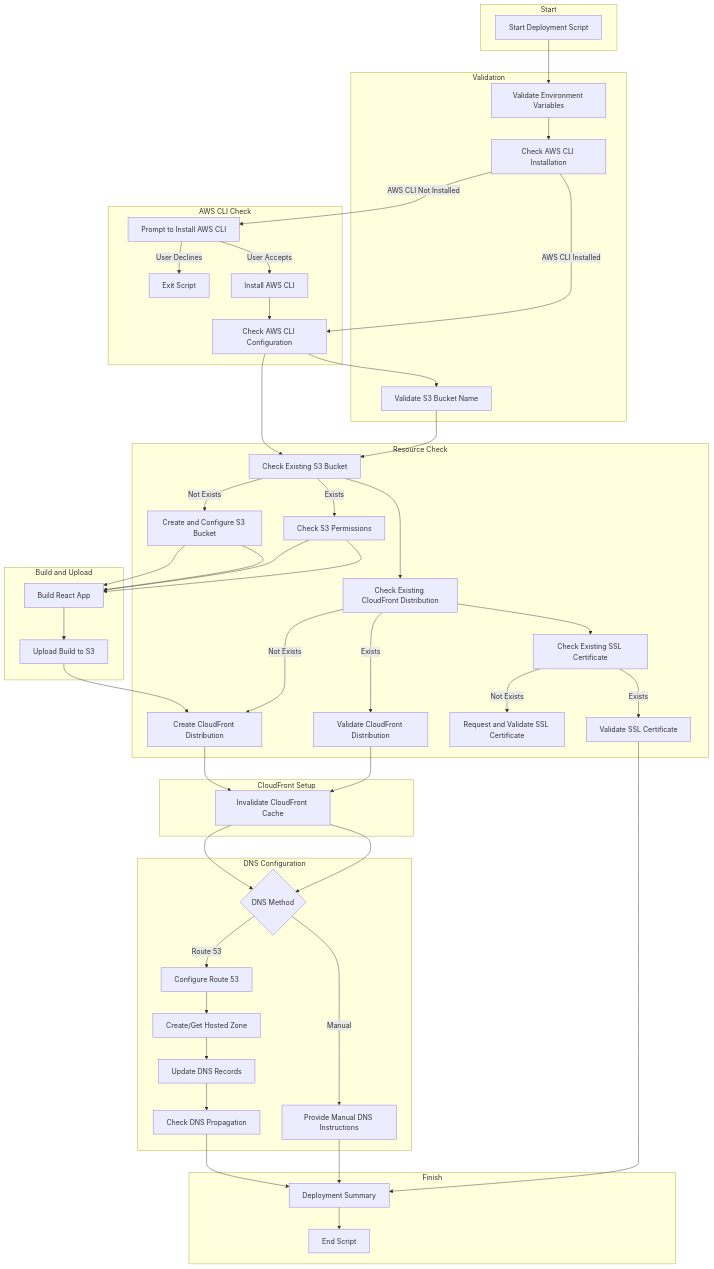
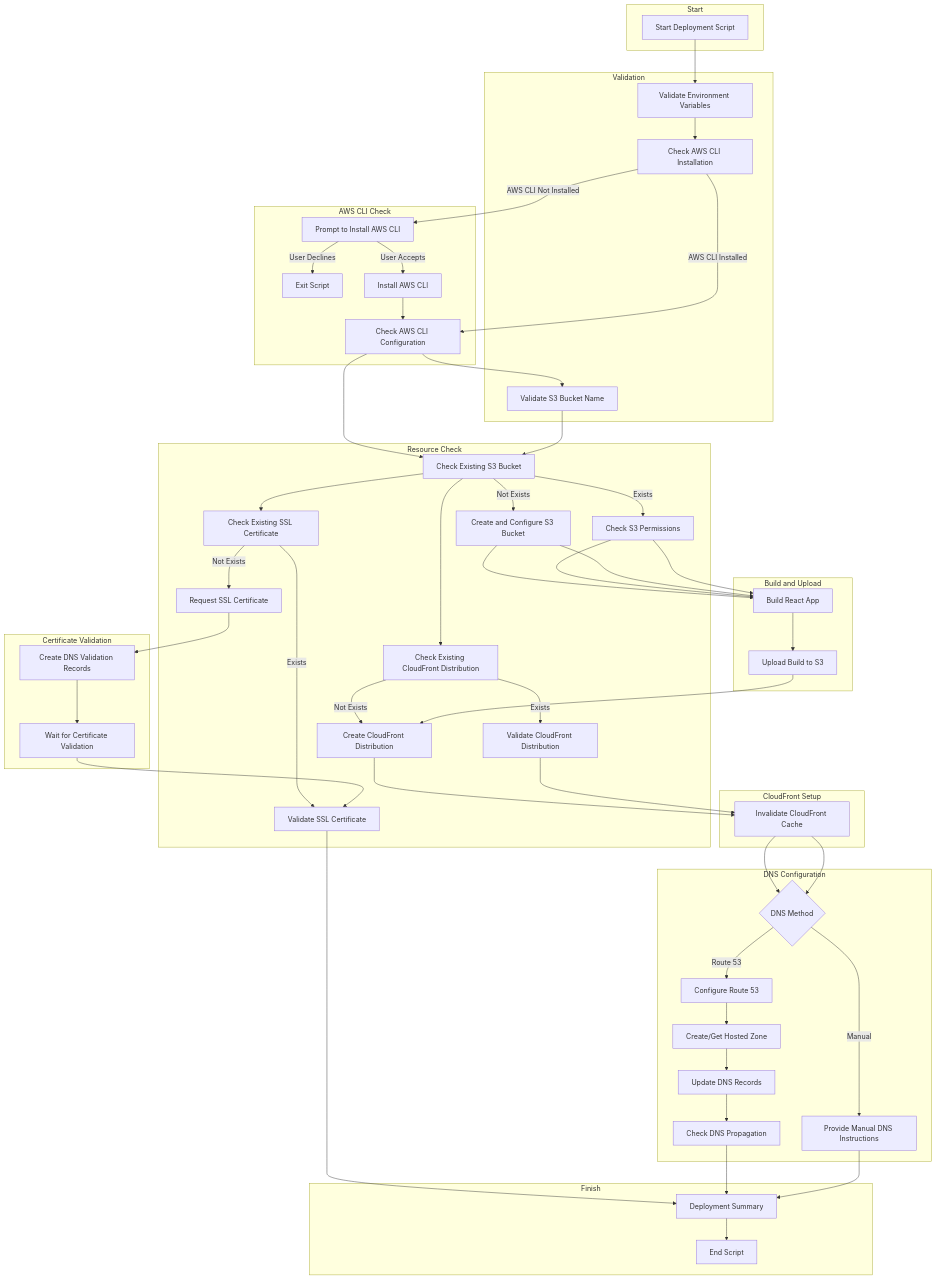
Before and after one commit to Getting-Automated/landing-page-generator: the first of 2 diagrams in deployment/readme.md, drawn with Mermaid.

````diff
--- a/deployment/readme.md
+++ b/deployment/readme.md
@@ -18,66 +18,72 @@
 ```mermaid
 flowchart TB
     subgraph Start
         A0[Start Deployment Script]
     end
     
     subgraph Validation
         A1[Validate Environment Variables]
         A2[Check AWS CLI Installation]
         A3[Validate S3 Bucket Name]
     end
     
     subgraph AWS CLI Check
         A2 -->|AWS CLI Not Installed| B1[Prompt to Install AWS CLI]
         B1 -->|User Declines| C1[Exit Script]
         B1 -->|User Accepts| B2[Install AWS CLI]
         B2 --> A4[Check AWS CLI Configuration]
         A2 -->|AWS CLI Installed| A4[Check AWS CLI Configuration]
     end
     
     subgraph Resource Check
         A4 --> A5[Check Existing S3 Bucket]
         A5 -->|Not Exists| C2[Create and Configure S3 Bucket]
         A5 -->|Exists| D1[Check S3 Permissions]
     
         A5 --> A6[Check Existing CloudFront Distribution]
         A6 -->|Not Exists| C3[Create CloudFront Distribution]
         A6 -->|Exists| D2[Validate CloudFront Distribution]
     
-        A6 --> A7[Check Existing SSL Certificate]
-        A7 -->|Not Exists| C4[Request and Validate SSL Certificate]
+        A5 --> A7[Check Existing SSL Certificate]
+        A7 -->|Not Exists| C4[Request SSL Certificate]
         A7 -->|Exists| D3[Validate SSL Certificate]
     end
     
     subgraph Build and Upload
         C2 & D1 --> A8[Build React App]
         A8 --> A9[Upload Build to S3]
     end
     
     subgraph CloudFront Setup
         A9 --> C3
         C3 & D2 --> A10[Invalidate CloudFront Cache]
+    end
+    
+    subgraph Certificate Validation
+        C4 --> C9[Create DNS Validation Records]
+        C9 --> C10[Wait for Certificate Validation]
+        C10 --> D3
     end
     
     subgraph DNS Configuration
         A10 --> A11{DNS Method}
         A11 -->|Route 53| C5[Configure Route 53]
         C5 --> C6[Create/Get Hosted Zone]
         C6 --> C7[Update DNS Records]
         C7 --> D4[Check DNS Propagation]
         A11 -->|Manual| C8[Provide Manual DNS Instructions]
     end
     
     subgraph Finish
         D3 & D4 & C8 --> A12[Deployment Summary]
         A12 --> A13[End Script]
     end
     
     %% Flow Connections
     A0 --> A1
     A1 --> A2
     A3 --> A5
     A4 --> A3
     C2 & D1 --> A8
     A10 --> A11
 ```
````
